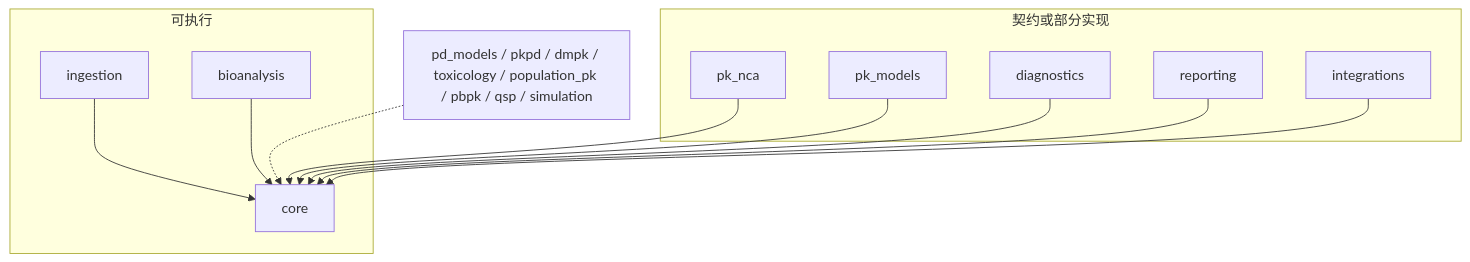
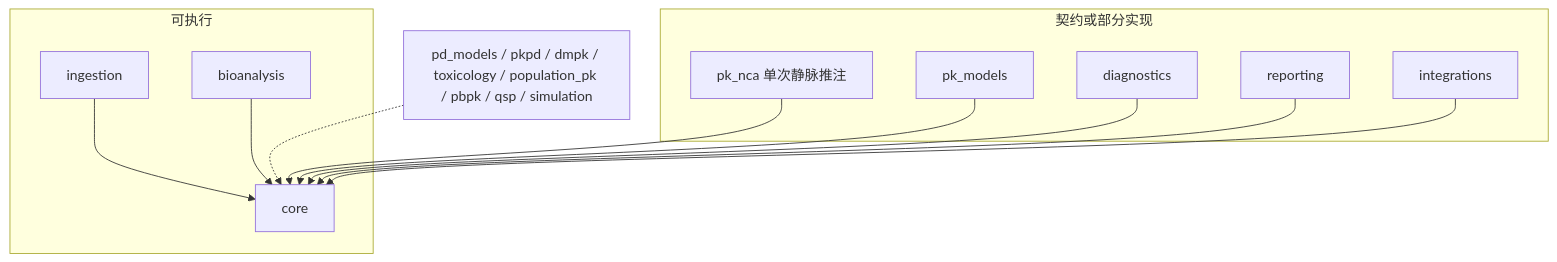
Before and after one commit to JianyunZhang/PharmacoWeave: the diagram in docs/architecture.md, drawn with Mermaid. The commit also changed other lines of this file and 30 other files, not shown here.

````diff
--- a/docs/architecture.md
+++ b/docs/architecture.md
@@ -5,25 +5,25 @@
 ```mermaid
 flowchart TB
     subgraph available [可执行]
         ingestion[ingestion]
         bioanalysis[bioanalysis]
         core[core]
     end
     subgraph partial [契约或部分实现]
-        nca[pk_nca]
+        nca[pk_nca 单次静脉推注]
         models[pk_models]
         diagnostics[diagnostics]
         reporting[reporting]
         integrations[integrations]
     end
     reserved[pd_models / pkpd / dmpk / toxicology / population_pk / pbpk / qsp / simulation]
 
     ingestion --> core
     bioanalysis --> core
     nca --> core
     models --> core
     diagnostics --> core
     reporting --> core
     integrations --> core
     reserved -.-> core
 ```
````
